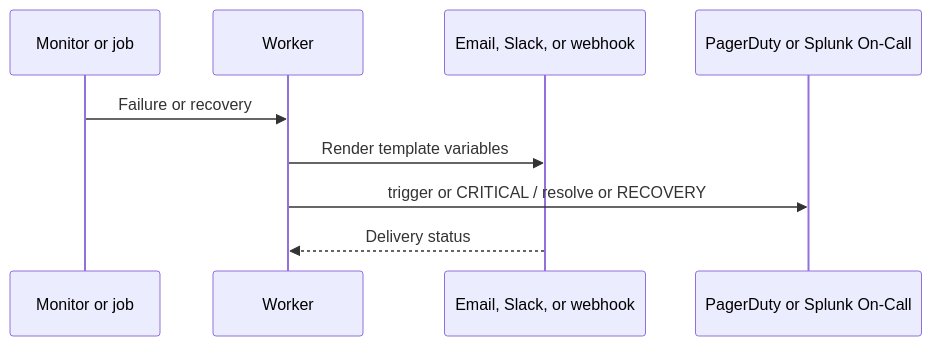
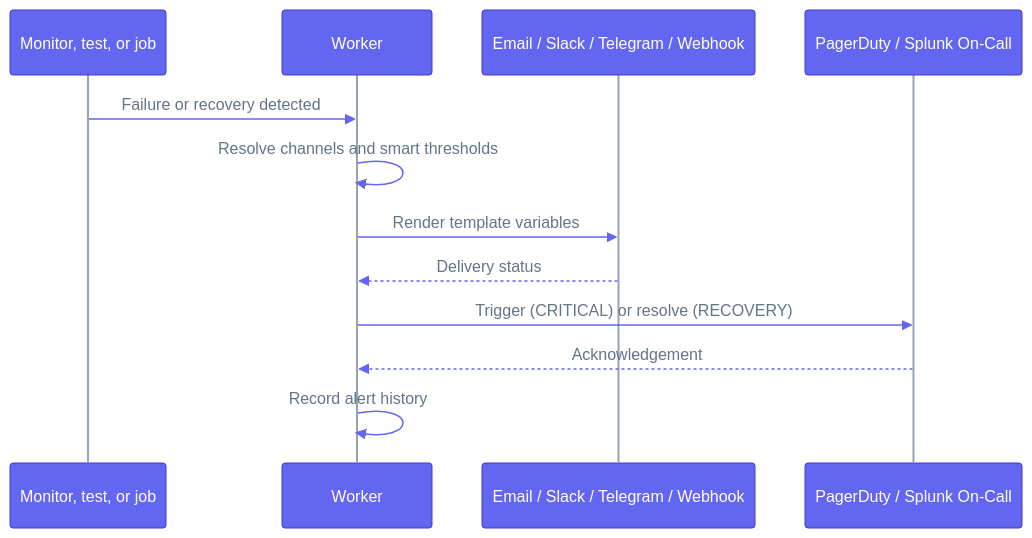
Before and after one commit to supercheck-io/supercheck: the diagram in docs/content/docs/app/communicate/alerts.mdx, drawn with Mermaid. The commit also changed 11 other files, not shown here.

First line of the commit message:
docs: theme sequence diagrams to match architecture and add new ones

````diff
--- a/docs/content/docs/app/communicate/alerts.mdx
+++ b/docs/content/docs/app/communicate/alerts.mdx
@@ -9,12 +9,16 @@
 ```mermaid
+%%{init: {"theme":"base","themeVariables":{"fontFamily":"ui-sans-serif, system-ui, -apple-system, Segoe UI, Roboto, sans-serif","primaryColor":"#6366f1","primaryTextColor":"#ffffff","primaryBorderColor":"#4338ca","lineColor":"#94a3b8","actorBkg":"#6366f1","actorBorder":"#4338ca","actorTextColor":"#ffffff","actorLineColor":"#94a3b8","signalColor":"#6366f1","signalTextColor":"#64748b","labelBoxBkgColor":"#f59e0b","labelBoxBorderColor":"#b45309","labelTextColor":"#ffffff","loopTextColor":"#64748b","activationBkgColor":"#8b5cf6","activationBorderColor":"#6d28d9","noteBkgColor":"#f59e0b","noteBorderColor":"#b45309","noteTextColor":"#ffffff","textColor":"#64748b","mainBkg":"#ffffff"}}}%%
 sequenceDiagram
-    participant Check as Monitor or job
+    participant Check as Monitor, test, or job
     participant Worker as Worker
-    participant Channel as Email, Slack, or webhook
-    participant OnCall as PagerDuty or Splunk On-Call
+    participant Channel as Email / Slack / Telegram / Webhook
+    participant OnCall as PagerDuty / Splunk On-Call
 
-    Check->>Worker: Failure or recovery
+    Check->>Worker: Failure or recovery detected
+    Worker->>Worker: Resolve channels and smart thresholds
     Worker->>Channel: Render template variables
-    Worker->>OnCall: trigger or CRITICAL / resolve or RECOVERY
     Channel-->>Worker: Delivery status
+    Worker->>OnCall: Trigger (CRITICAL) or resolve (RECOVERY)
+    OnCall-->>Worker: Acknowledgement
+    Worker->>Worker: Record alert history
 ```
````
